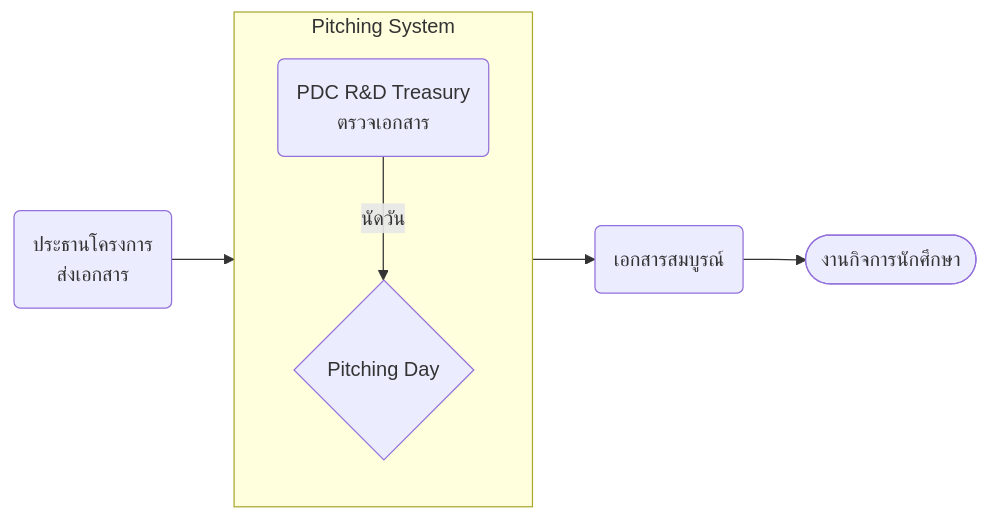
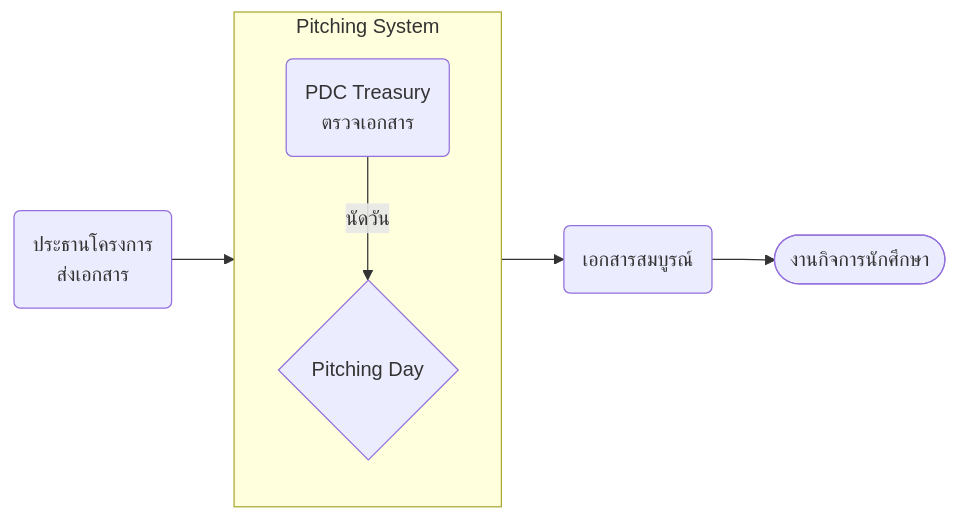
Before and after one commit to SMSUDev/guide: the diagram in sop/project/index.mdx, drawn with Mermaid. The commit also changed other lines of this file and 5 other files, not shown here.

````diff
--- a/sop/project/index.mdx
+++ b/sop/project/index.mdx
@@ -60,17 +44,17 @@
     ```mermaid
     flowchart LR
 director(ประธานโครงการ
 ส่งเอกสาร)
 subgraph pitch[Pitching System]
-  review(PDC R&D Treasury
-  ตรวจเอกสาร)
-  pitchday{Pitching Day}
+review(PDC Treasury
+ตรวจเอกสาร)
+pitchday{Pitching Day}
 end
 complete(เอกสารสมบูรณ์)
 sisd([งานกิจการนักศึกษา])
 
 director --> pitch
 review --นัดวัน--> pitchday
 pitch --> complete
 complete --> sisd
     ```
````
